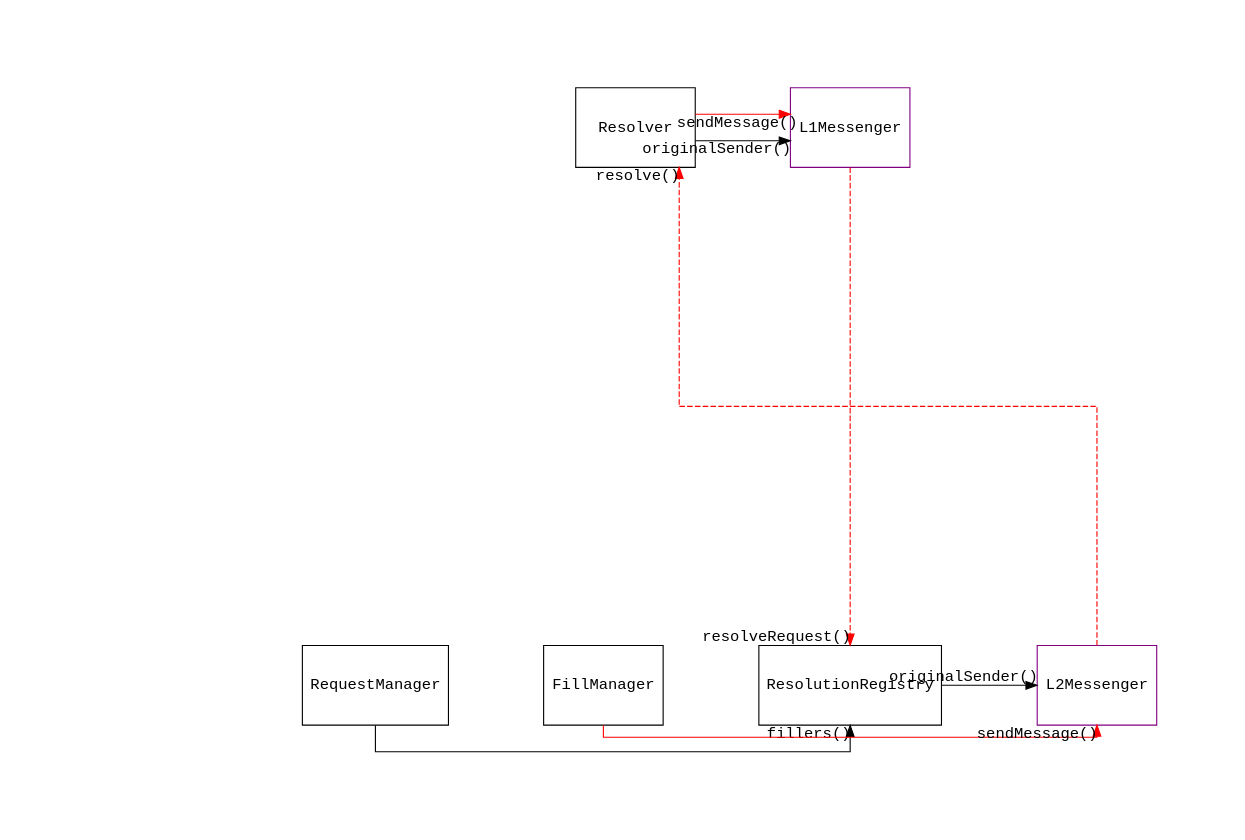
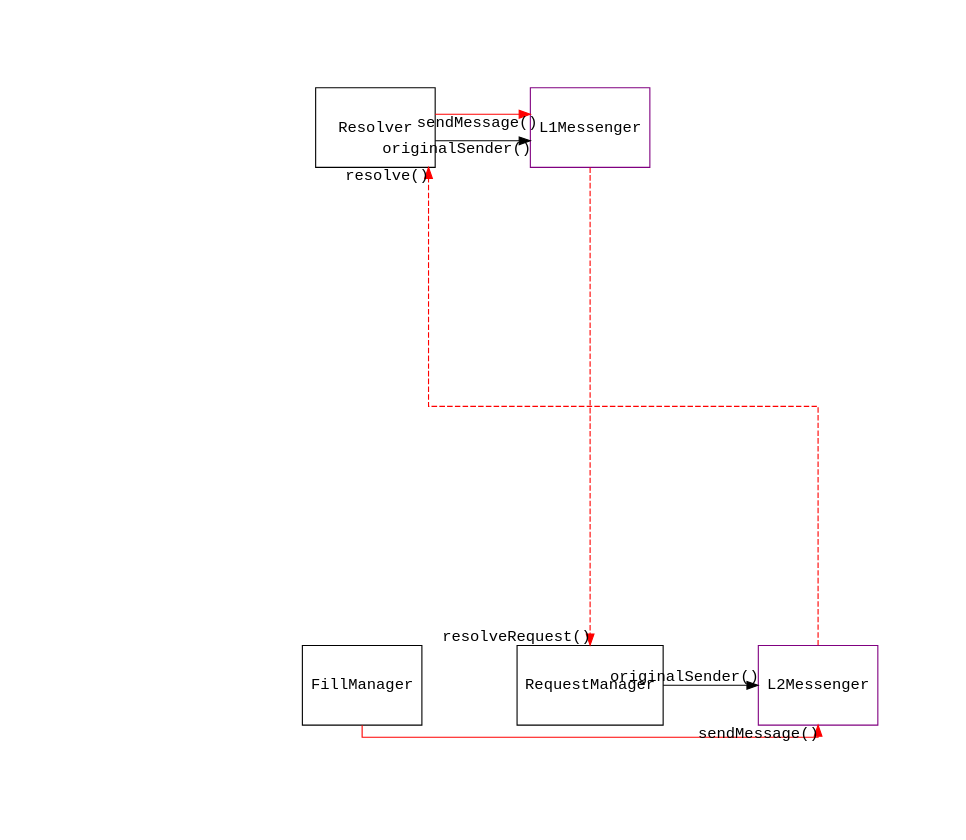
One commit to beamer-bridge/beamer changed the diagram in docs/source/contracts.dot. Above: the diagram before and after it, drawn with Graphviz. The commit also changed 1 other file, not shown here.

Commit message:
docs: Remove ResolutionRegistry contract from references and graph

```diff
--- a/docs/source/contracts.dot
+++ b/docs/source/contracts.dot
@@ -1,47 +1,45 @@
 digraph "Beamer contracts" {
     graph[rankdir=TD, ranksep=6, splines=ortho, nodesep=1.2, pad=1]
     node [shape=box, width=1.5, height=1, fontname="Liberation Mono"]
     edge [fontname="Liberation Mono"]
     subgraph L1 {
         rank=same
         nodesep = 1.0
         l1dummy [style=invis]
         Resolver [label="Resolver"]
         L1Messenger [label="L1Messenger", color="purple"]
         
     }
     subgraph L2 {
         graph[nodesep=1]
         rank=same
         l2dummy [style=invis]
         RequestManager [label="RequestManager"]
         FillManager [label="FillManager"]
         L2Messenger [label="L2Messenger", color="purple"]
-        ResolutionRegistry [label="ResolutionRegistry", rank=2]
     }
     
     {
         # restricted calls
         edge [color=red]
         FillManager -> L2Messenger [headlabel="sendMessage()"]
         Resolver -> L1Messenger [xlabel="sendMessage()"]
     }
 
     {
         # restricted calls crossing the L1/L2 boundary
         edge [color=red, style=dashed]
         L2Messenger -> Resolver [headlabel="resolve()"]
-        L1Messenger -> ResolutionRegistry [headlabel="resolveRequest()"]
+        L1Messenger -> RequestManager [headlabel="resolveRequest()"]
     }
 
     {
         # unrestricted calls
         Resolver -> L1Messenger [headlabel="originalSender()"]
-        ResolutionRegistry -> L2Messenger [headlabel="originalSender()"]
-        RequestManager -> ResolutionRegistry [headlabel="fillers()"]
+        RequestManager -> L2Messenger [headlabel="originalSender()"]
     }
     
     l1dummy -> l2dummy [style=invis]
     l1dummy -> Resolver [style=invis]
     l2dummy -> RequestManager [style=invis]
 }
```
